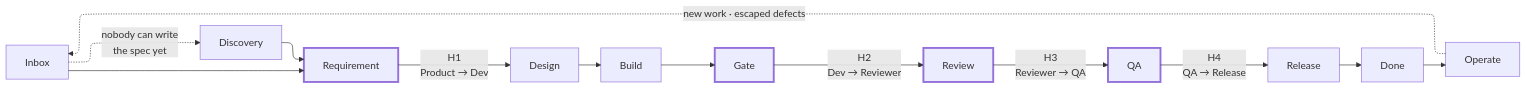
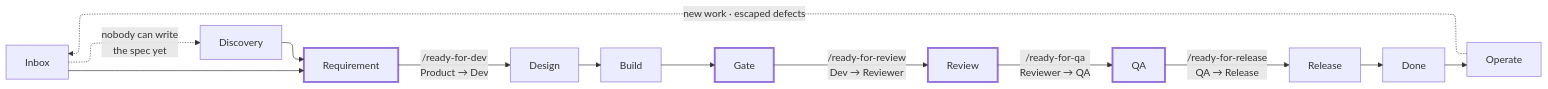
One commit to SpryElephant/mainline changed the diagram in playbook/00-overview.md. Above: the diagram before and after it, drawn with Mermaid. The commit also changed other lines of this file and 21 other files, not shown here.

````diff
--- a/playbook/00-overview.md
+++ b/playbook/00-overview.md
@@ -19,23 +19,23 @@
 ```mermaid
 ---
 config:
   layout: elk
 ---
 flowchart LR
   Inbox --> Requirement
   Inbox -. "nobody can write<br/>the spec yet" .-> Discovery
   Discovery --> Requirement
 
-  Requirement -- "H1<br/>Product → Dev" --> Design
+  Requirement -- "/ready-for-dev<br/>Product → Dev" --> Design
   Design --> Build
   Build --> Gate
-  Gate -- "H2<br/>Dev → Reviewer" --> Review
-  Review -- "H3<br/>Reviewer → QA" --> QA
-  QA -- "H4<br/>QA → Release" --> Release
+  Gate -- "/ready-for-review<br/>Dev → Reviewer" --> Review
+  Review -- "/ready-for-qa<br/>Reviewer → QA" --> QA
+  QA -- "/ready-for-release<br/>QA → Release" --> Release
   Release --> Done
   Done --> Operate
   Operate -. "new work · escaped defects" .-> Inbox
 
   classDef handoff stroke-width:3px
   class Requirement,Gate,Review,QA handoff
 ```
````
